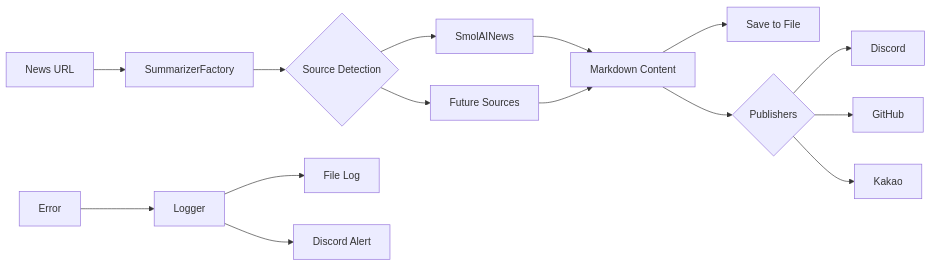
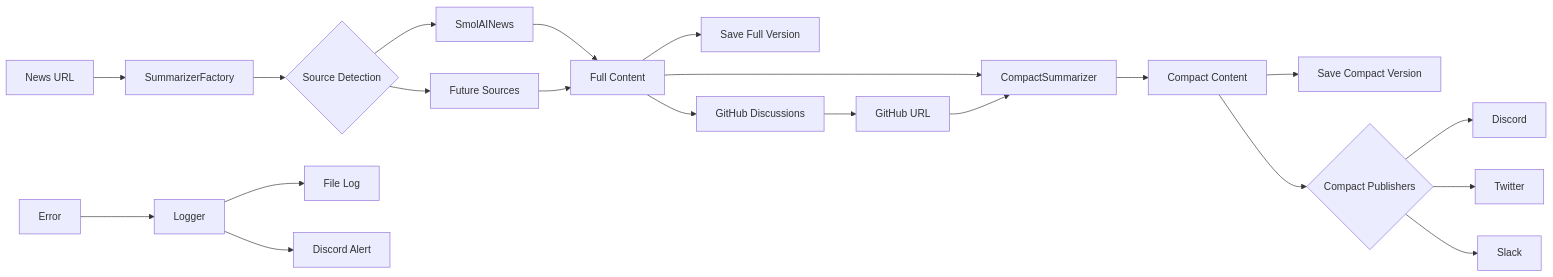
One commit to sudormrf-run/news_bot changed the diagram in ARCHITECTURE.md. Above: the diagram before and after it, drawn with Mermaid. The commit also changed other lines of this file and 4 other files, not shown here.

First line of the commit message:
feat: Implement two-phase publishing workflow with CompactSummarizer

````diff
--- a/ARCHITECTURE.md
+++ b/ARCHITECTURE.md
@@ -226,18 +238,25 @@
 ```mermaid
 graph LR
     A[News URL] --> B[SummarizerFactory]
     B --> C{Source Detection}
     C --> D[SmolAINews]
     C --> E[Future Sources]
-    D --> F[Markdown Content]
+    D --> F[Full Content]
     E --> F
-    F --> G[Save to File]
-    F --> H{Publishers}
-    H --> I[Discord]
-    H --> J[GitHub]
-    H --> K[Kakao]
+    F --> G[Save Full Version]
+    F --> H[GitHub Discussions]
+    H --> I[GitHub URL]
     
-    L[Error] --> M[Logger]
-    M --> N[File Log]
-    M --> O[Discord Alert]
+    F --> J[CompactSummarizer]
+    I --> J
+    J --> K[Compact Content]
+    K --> L[Save Compact Version]
+    K --> M{Compact Publishers}
+    M --> N[Discord]
+    M --> O[Twitter]
+    M --> P[Slack]
+    
+    Q[Error] --> R[Logger]
+    R --> S[File Log]
+    R --> T[Discord Alert]
 ```
````
